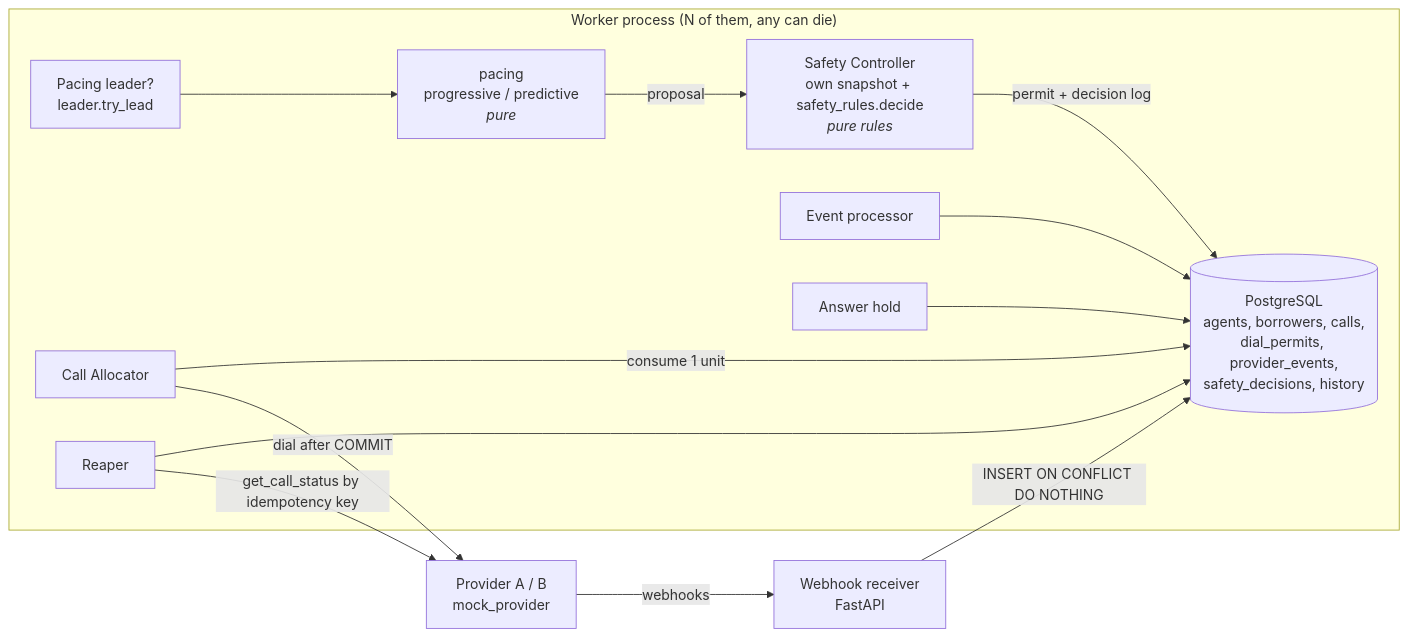
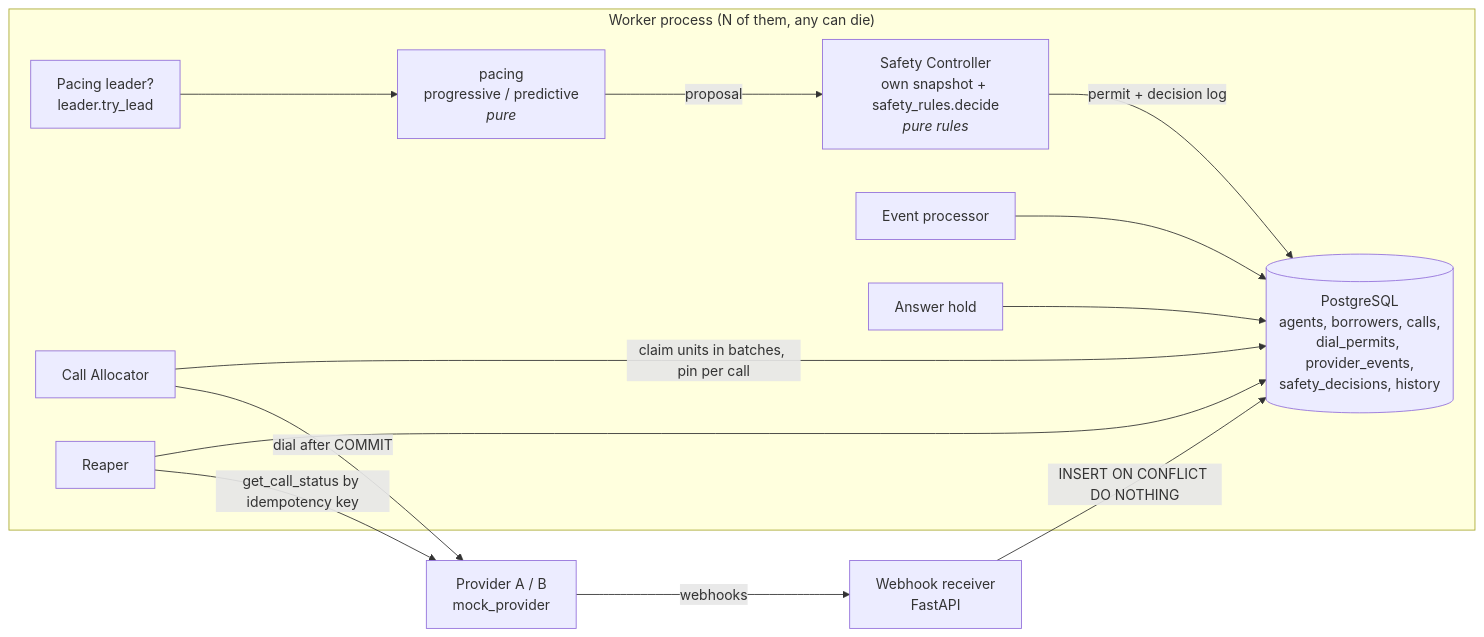
Before and after one commit to samad001z/Assignment: the diagram in docs/ARCHITECTURE.md, drawn with Mermaid. The commit also changed other lines of this file and 13 other files, not shown here.

````diff
--- a/docs/ARCHITECTURE.md
+++ b/docs/ARCHITECTURE.md
@@ -14,15 +14,15 @@
 ```mermaid
 flowchart LR
     subgraph Worker["Worker process (N of them, any can die)"]
         L[Pacing leader?<br/>leader.try_lead] --> P[pacing<br/>progressive / predictive<br/><i>pure</i>]
         P -->|proposal| SC[Safety Controller<br/>own snapshot + safety_rules.decide<br/><i>pure rules</i>]
-        A[Call Allocator] -->|consume 1 unit| DB
+        A[Call Allocator] -->|claim units in batches, pin per call| DB
         EP[Event processor] --> DB
         AH[Answer hold] --> DB
         R[Reaper] --> DB
     end
     SC -->|permit + decision log| DB[(PostgreSQL<br/>agents, borrowers, calls,<br/>dial_permits, provider_events,<br/>safety_decisions, history)]
     A -->|dial after COMMIT| PR[Provider A / B<br/>mock_provider]
     R -->|get_call_status by idempotency key| PR
     PR -->|webhooks| WH[Webhook receiver<br/>FastAPI] -->|INSERT ON CONFLICT DO NOTHING| DB
 ```
````
